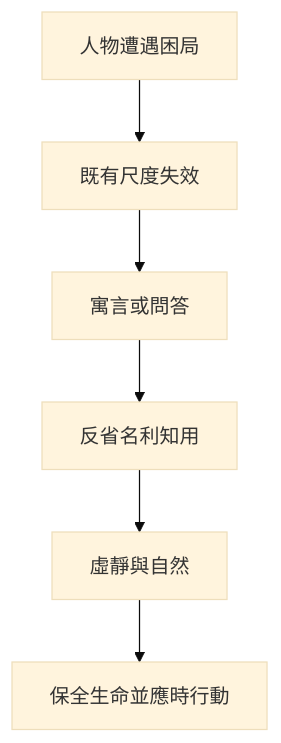
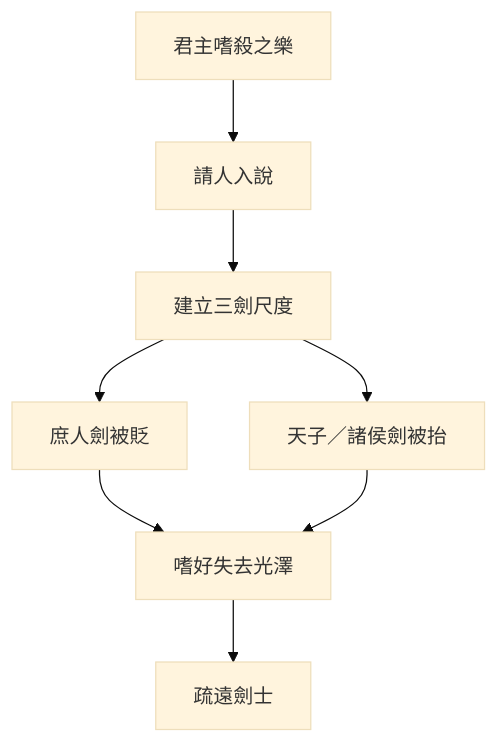
One commit to show0621/zhuangzi-atlas changed the diagram in content/chapters/03-雜篇/30-說劍.md. Above: the diagram before and after it, drawn with Mermaid (base theme). The commit also changed other lines of this file and 3 other files, not shown here.

````diff
--- a/content/chapters/03-雜篇/30-說劍.md
+++ b/content/chapters/03-雜篇/30-說劍.md
@@ -190,8 +195,10 @@
 ```mermaid
 flowchart TD
-  A[人物遭遇困局] --> B[既有尺度失效]
-  B --> C[寓言或問答]
-  C --> D[反省名利知用]
-  D --> E[虛靜與自然]
-  E --> F[保全生命並應時行動]
+  A[君主嗜殺之樂] --> B[請人入說]
+  B --> C[建立三劍尺度]
+  C --> D[庶人劍被貶]
+  C --> E[天子／諸侯劍被抬]
+  D --> F[嗜好失去光澤]
+  E --> F
+  F --> G[疏遠劍士]
 ```
````
